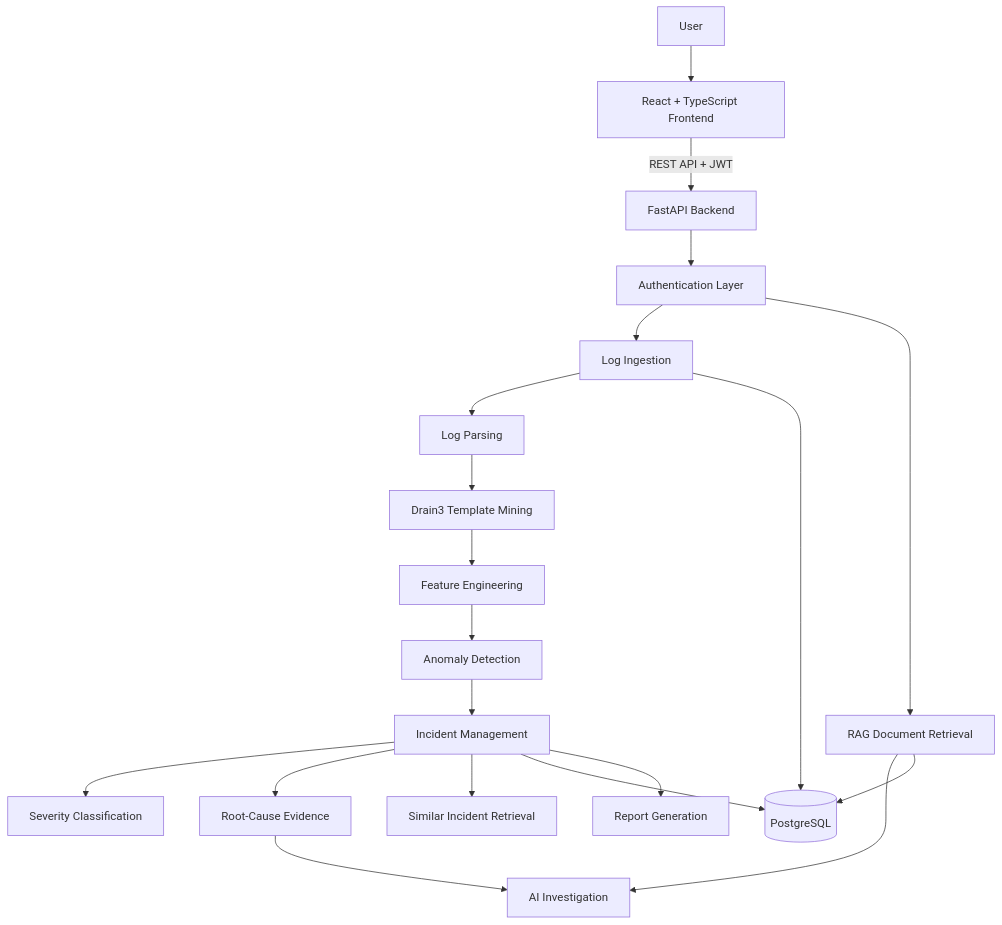
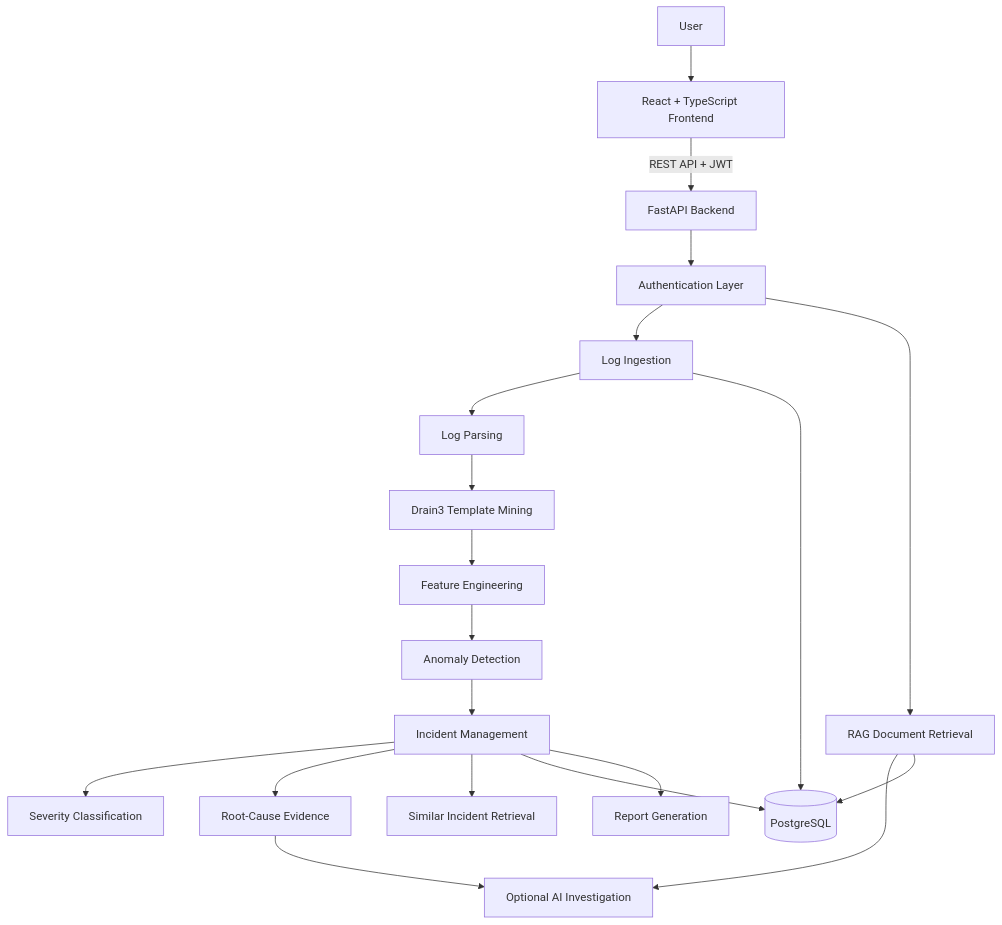
The diagram in README.md (manishyadav-aiml/IntelliOps-AI), drawn with Mermaid before and after one commit. The commit also changed other lines of this file, not shown here.

````diff
--- a/README.md
+++ b/README.md
@@ -168,32 +183,34 @@
 ```mermaid
 flowchart TD
     U["User"] --> FE["React + TypeScript Frontend"]
 
     FE -->|"REST API + JWT"| API["FastAPI Backend"]
 
     API --> AUTH["Authentication Layer"]
 
     AUTH --> LOGS["Log Ingestion"]
     LOGS --> PARSE["Log Parsing"]
+
     PARSE --> DRAIN["Drain3 Template Mining"]
 
     DRAIN --> ML["Feature Engineering"]
+
     ML --> ANOM["Anomaly Detection"]
 
     ANOM --> INC["Incident Management"]
 
     INC --> SEV["Severity Classification"]
     INC --> RCA["Root-Cause Evidence"]
     INC --> SIM["Similar Incident Retrieval"]
 
     AUTH --> RAG["RAG Document Retrieval"]
 
-    RCA --> AI["AI Investigation"]
+    RCA --> AI["Optional AI Investigation"]
     RAG --> AI
 
     LOGS --> DB[("PostgreSQL")]
     INC --> DB
     RAG --> DB
 
     INC --> REP["Report Generation"]
 ```
````
